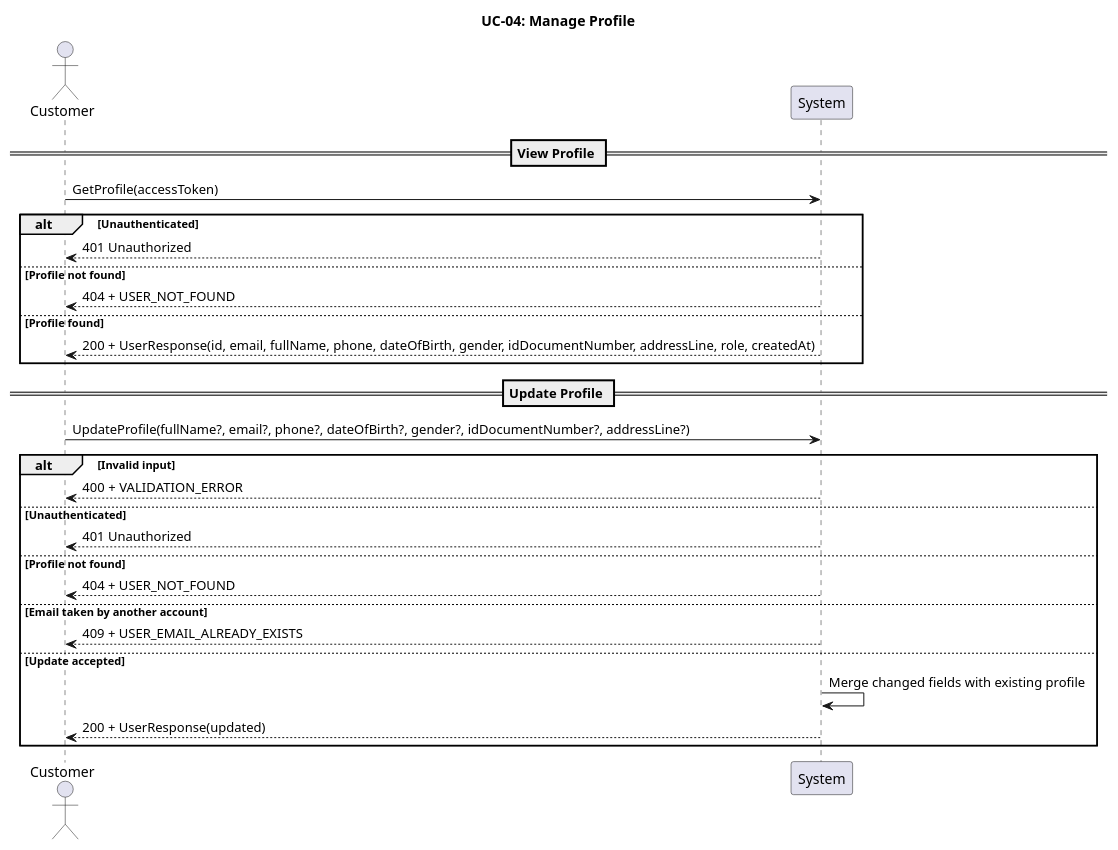
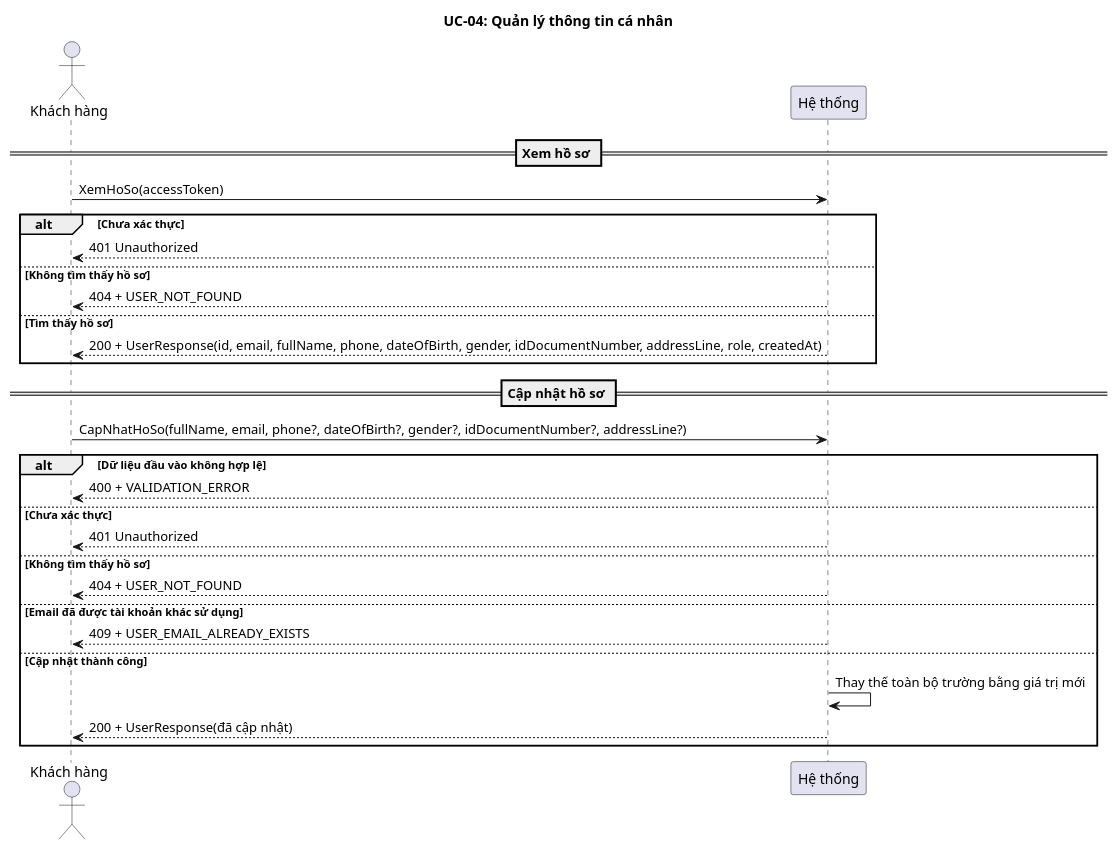
The second of 7 diagrams in docs/usecases/UC-04-quan-ly-thong-tin-ca-nhan.md (Phunguy65/train-ticket-booking-system-plus), drawn with PlantUML before and after one commit. The commit also changed other lines of this file and 14 other files, not shown here.

````diff
--- a/docs/usecases/UC-04-quan-ly-thong-tin-ca-nhan.md
+++ b/docs/usecases/UC-04-quan-ly-thong-tin-ca-nhan.md
@@ -20,35 +38,35 @@
 ```plantuml
 @startuml UC-04
-title UC-04: Manage Profile
+title UC-04: Quản lý thông tin cá nhân
 
-actor "Customer" as Actor
-participant "System" as API
+actor "Khách hàng" as Actor
+participant "Hệ thống" as API
 
-== View Profile ==
+== Xem hồ sơ ==
 
-Actor -> API: GetProfile(accessToken)
-alt Unauthenticated
+Actor -> API: XemHoSo(accessToken)
+alt Chưa xác thực
     API --> Actor: 401 Unauthorized
-else Profile not found
+else Không tìm thấy hồ sơ
     API --> Actor: 404 + USER_NOT_FOUND
-else Profile found
+else Tìm thấy hồ sơ
     API --> Actor: 200 + UserResponse(id, email, fullName, phone, dateOfBirth, gender, idDocumentNumber, addressLine, role, createdAt)
 end
 
-== Update Profile ==
+== Cập nhật hồ sơ ==
 
-Actor -> API: UpdateProfile(fullName?, email?, phone?, dateOfBirth?, gender?, idDocumentNumber?, addressLine?)
-alt Invalid input
+Actor -> API: CapNhatHoSo(fullName, email, phone?, dateOfBirth?, gender?, idDocumentNumber?, addressLine?)
+alt Dữ liệu đầu vào không hợp lệ
     API --> Actor: 400 + VALIDATION_ERROR
-else Unauthenticated
+else Chưa xác thực
     API --> Actor: 401 Unauthorized
-else Profile not found
+else Không tìm thấy hồ sơ
     API --> Actor: 404 + USER_NOT_FOUND
-else Email taken by another account
+else Email đã được tài khoản khác sử dụng
     API --> Actor: 409 + USER_EMAIL_ALREADY_EXISTS
-else Update accepted
-    API -> API: Merge changed fields with existing profile
-    API --> Actor: 200 + UserResponse(updated)
+else Cập nhật thành công
+    API -> API: Thay thế toàn bộ trường bằng giá trị mới
+    API --> Actor: 200 + UserResponse(đã cập nhật)
 end
 @enduml
 ```
````
